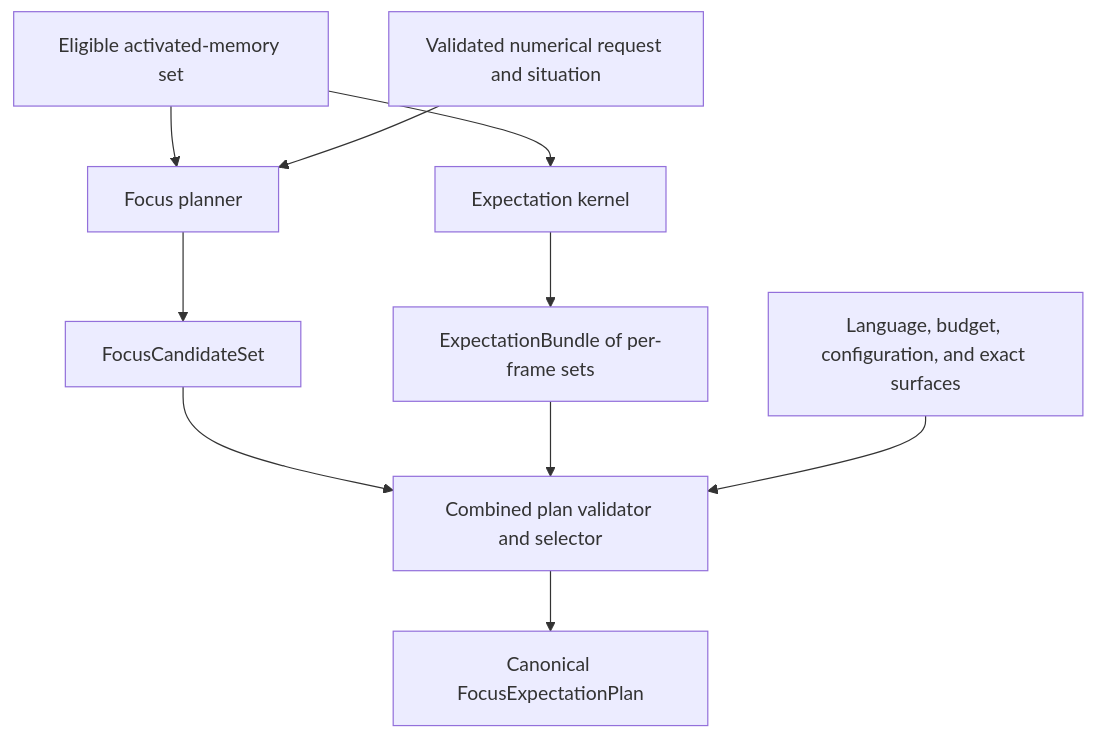
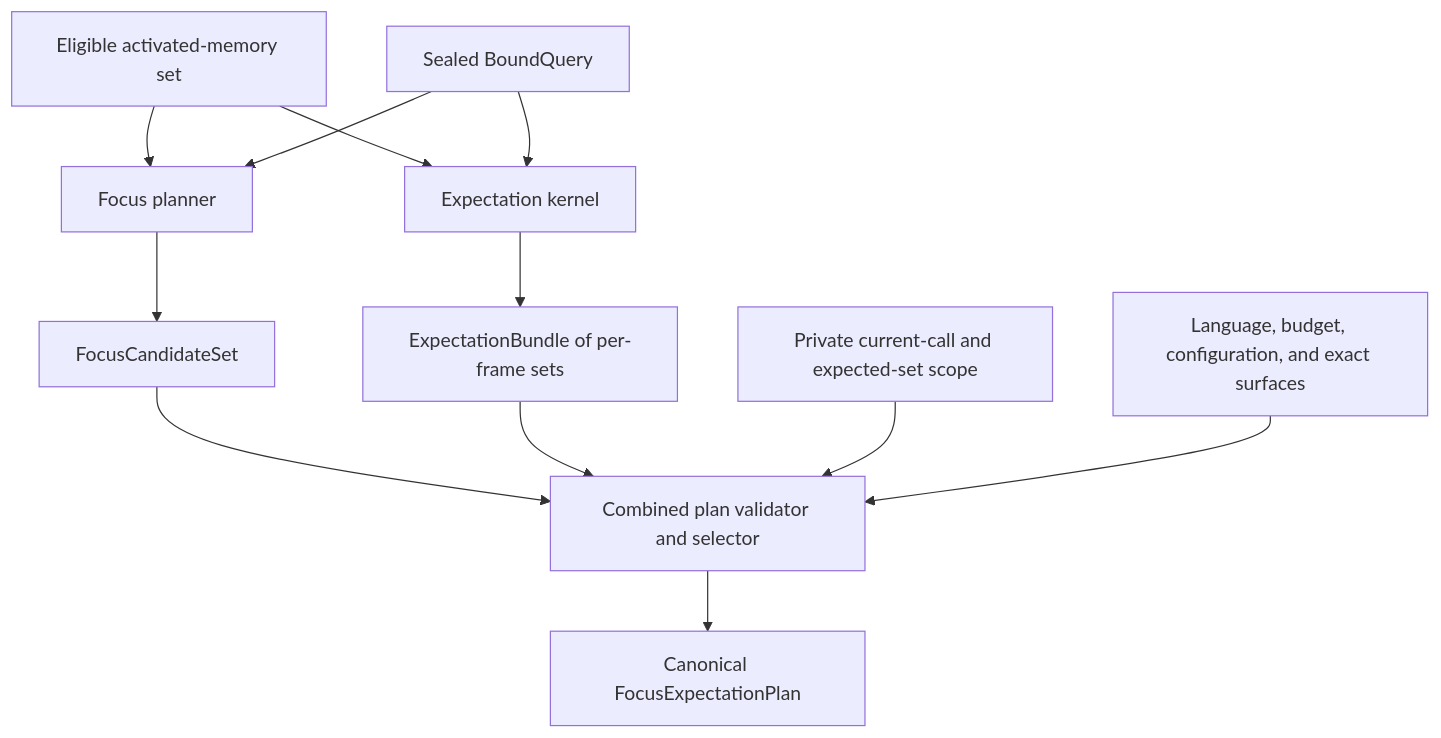
The first of 2 diagrams in docs/specifications/focus-and-expectation-planning.md (Lamentis-operating-systems/nemosyne), drawn with Mermaid before and after one commit. The commit also changed other lines of this file and 8 other files, not shown here.

Commit message:
Complete the V1 architecture and delivery program

````diff
--- a/docs/specifications/focus-and-expectation-planning.md
+++ b/docs/specifications/focus-and-expectation-planning.md
@@ -72,12 +111,14 @@
 ```mermaid
 flowchart TD
     A["Eligible activated-memory set"] --> F["Focus planner"]
-    Q["Validated numerical request and situation"] --> F
+    Q["Sealed BoundQuery"] --> F
     A --> E["Expectation kernel"]
+    Q --> E
     F --> FC["FocusCandidateSet"]
     E --> ES["ExpectationBundle of per-frame sets"]
     FC --> J["Combined plan validator and selector"]
     ES --> J
+    I["Private current-call and expected-set scope"] --> J
     C["Language, budget, configuration, and exact surfaces"] --> J
     J --> P["Canonical FocusExpectationPlan"]
 ```
````
